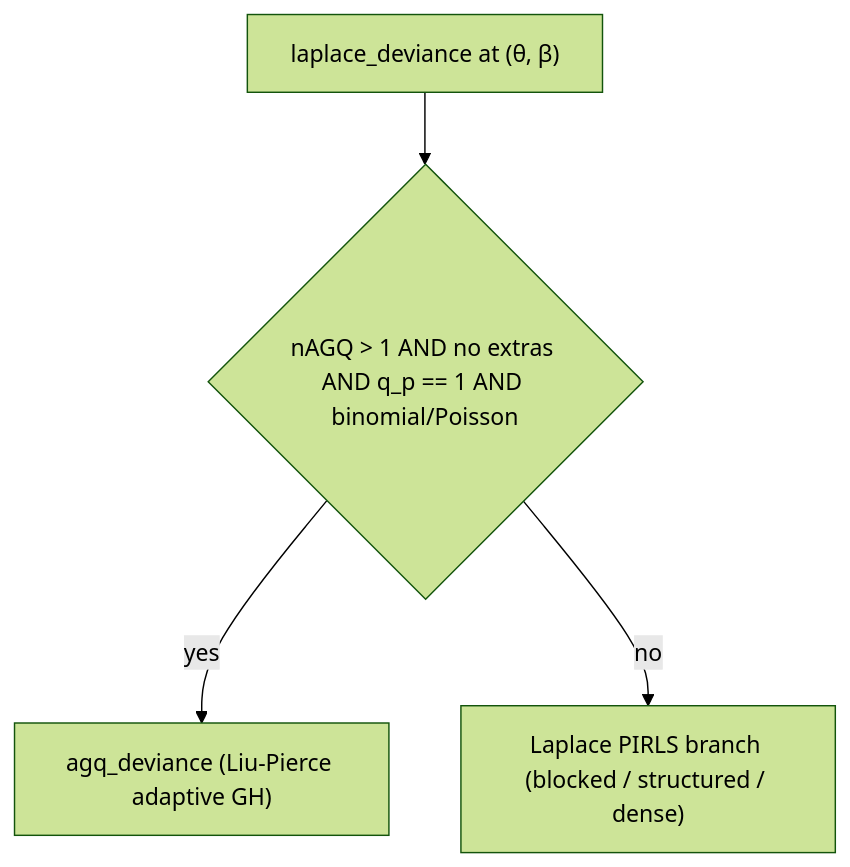
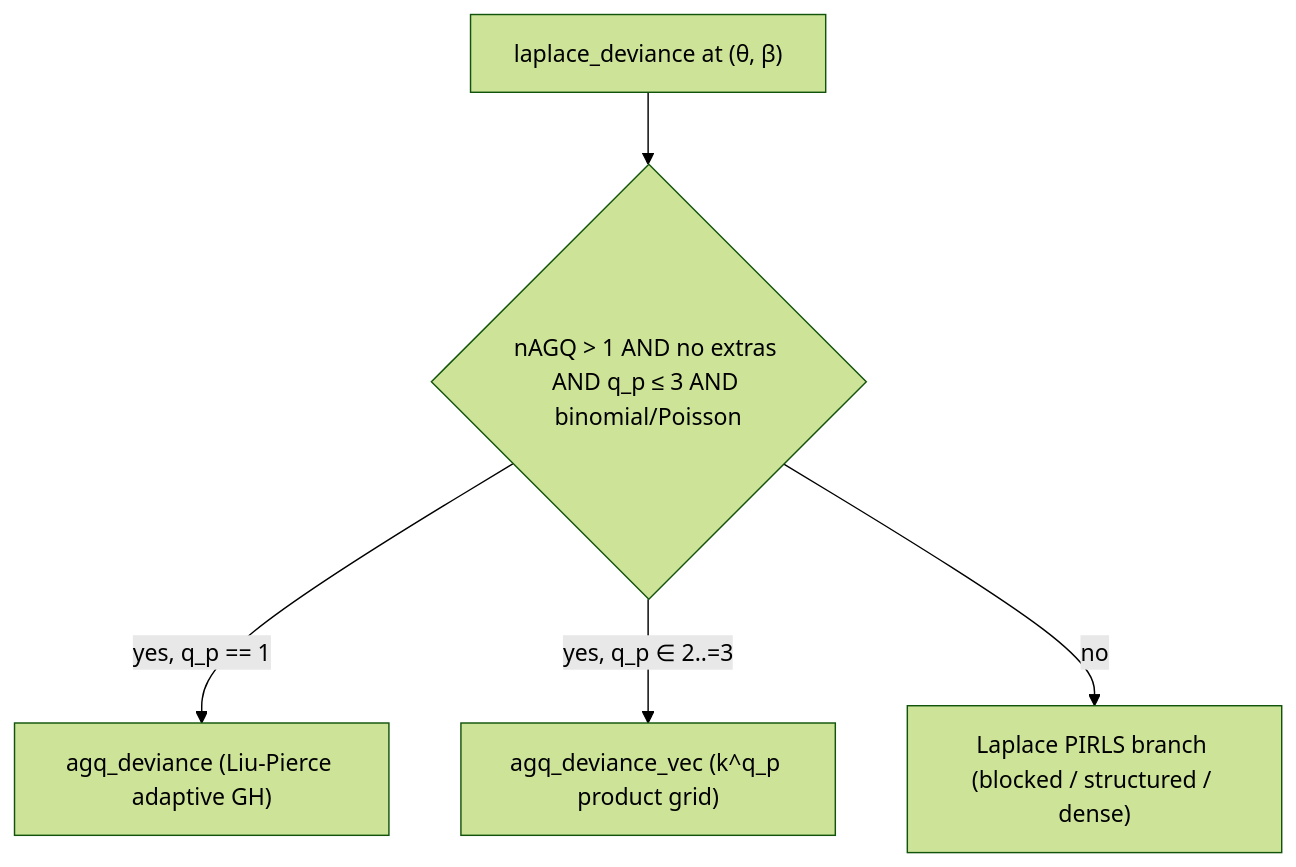
The second of 2 diagrams in documentation/algorithms-glmm.md (pawlenartowicz/glmm), drawn with Mermaid (forest theme) before and after one commit. The commit also changed other lines of this file and 67 other files, not shown here.

````diff
--- a/documentation/algorithms-glmm.md
+++ b/documentation/algorithms-glmm.md
@@ -182,6 +226,7 @@
 ```mermaid
 flowchart TD
-  A["laplace_deviance at (θ, β)"] --> B{"nAGQ > 1 AND no extras AND q_p == 1 AND binomial/Poisson"}
-  B -->|yes| C["agq_deviance (Liu-Pierce adaptive GH)"]
+  A["laplace_deviance at (θ, β)"] --> B{"nAGQ > 1 AND no extras AND q_p ≤ 3 AND binomial/Poisson"}
+  B -->|"yes, q_p == 1"| C["agq_deviance (Liu-Pierce adaptive GH)"]
+  B -->|"yes, q_p ∈ 2..=3"| E["agq_deviance_vec (k^q_p product grid)"]
   B -->|no| D["Laplace PIRLS branch (blocked / structured / dense)"]
 ```
````
